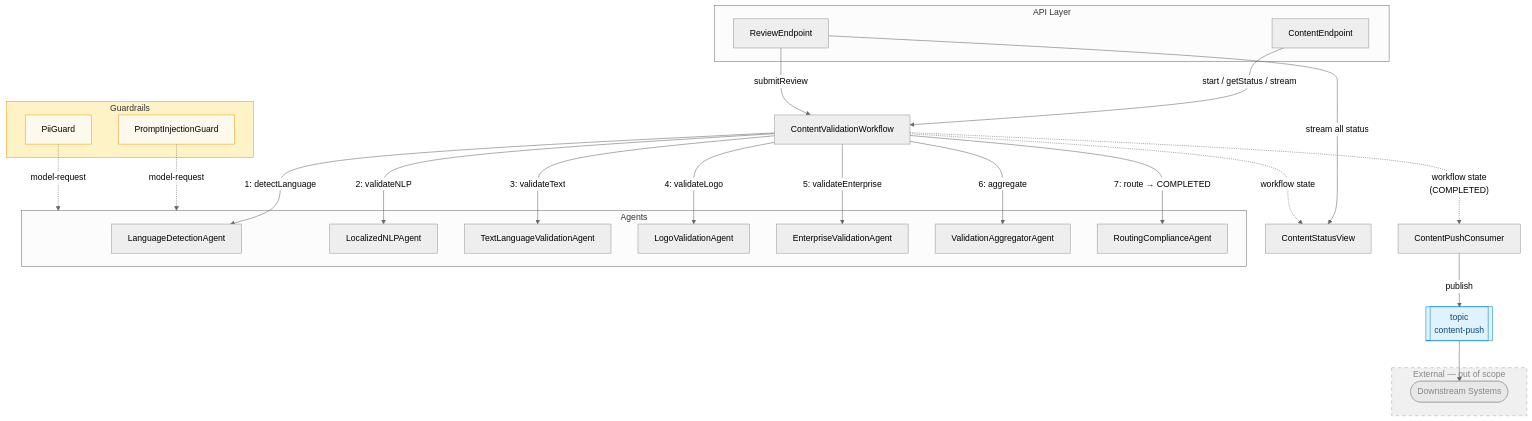
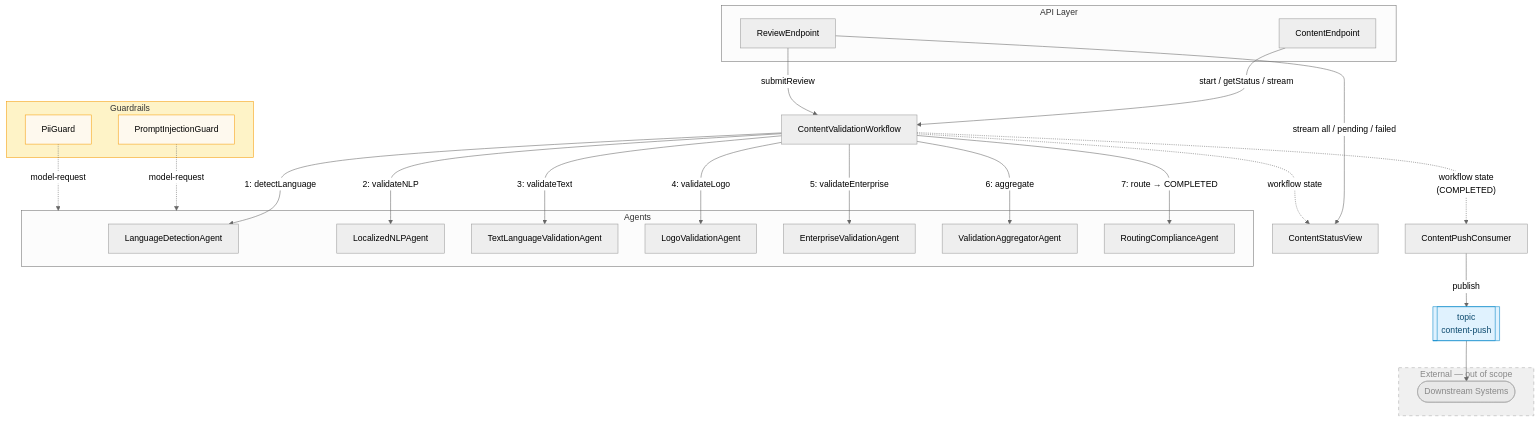
One commit to aklikic/content-validation changed the first of 2 diagrams in docs/AKKA-DESIGN.md. Above: the diagram before and after it, drawn with Mermaid (neutral theme). The commit also changed other lines of this file and 18 other files, not shown here.

````diff
--- a/docs/AKKA-DESIGN.md
+++ b/docs/AKKA-DESIGN.md
@@ -58,52 +58,52 @@
 ```mermaid
 flowchart TD
     CE[ContentEndpoint] -- start / getStatus / stream --> CWF
     RE[ReviewEndpoint] -- submitReview --> CWF
-    RE -- "stream all status" --> CSV[ContentStatusView]
+    RE -- "stream all / pending / failed" --> CSV[ContentStatusView]
     CWF -. "workflow state" .-> CSV
 
     CWF[ContentValidationWorkflow] -- "1: detectLanguage" --> LDA
     CWF -- "2: validateNLP" --> NLPA
     CWF -- "3: validateText" --> TLVA
     CWF -- "4: validateLogo" --> LVA
     CWF -- "5: validateEnterprise" --> EVA
     CWF -- "6: aggregate" --> AGG
     CWF -- "7: route → COMPLETED" --> RCA
     CWF -. "workflow state\n(COMPLETED)" .-> CON[ContentPushConsumer]
     CON -- "publish" --> TOPIC[["topic\ncontent-push"]]
     TOPIC --> EXT
 
     PIG -. "model-request" .-> agents
     PII -. "model-request" .-> agents
 
     subgraph ext ["External — out of scope"]
         EXT([Downstream Systems])
     end
 
     subgraph guardrails ["Guardrails"]
         PIG[PromptInjectionGuard]
         PII[PiiGuard]
     end
 
     subgraph api [API Layer]
         CE
         RE
     end
 
     subgraph agents [Agents]
         LDA[LanguageDetectionAgent]
         NLPA[LocalizedNLPAgent]
         TLVA[TextLanguageValidationAgent]
         LVA[LogoValidationAgent]
         EVA[EnterpriseValidationAgent]
         AGG[ValidationAggregatorAgent]
         RCA[RoutingComplianceAgent]
     end
 
     style ext fill:#f0f0f0,stroke:#aaa,stroke-dasharray:6,color:#888
     style EXT fill:#e8e8e8,stroke:#aaa,color:#888
     style TOPIC fill:#e0f2fe,stroke:#0284c7,color:#0c4a6e
     style guardrails fill:#fef3c7,stroke:#f59e0b
     style PIG fill:#fef9ee,stroke:#f59e0b
     style PII fill:#fef9ee,stroke:#f59e0b
 ```
````
